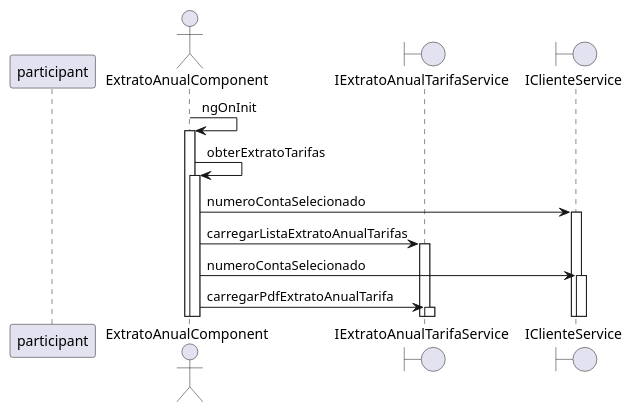
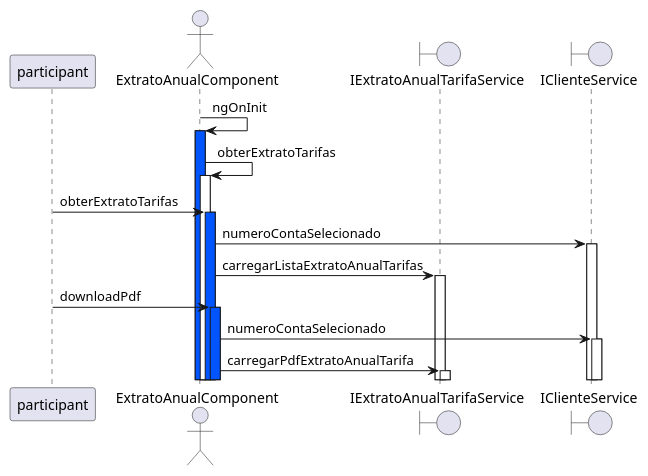
The diagram in example/extrato-anual.component.ts.sequence.puml (tommymolto/ng-reverse-uml), drawn with PlantUML before and after one commit. The commit also changed 5 other files, not shown here.

```diff
--- a/example/extrato-anual.component.ts.sequence.puml
+++ b/example/extrato-anual.component.ts.sequence.puml
@@ -1,13 +1,15 @@
 @startuml 
  autoactivate on 
  participant participant as Usuario
 actor  ExtratoAnualComponent as ExtratoAnualComponent
 boundary  IExtratoAnualTarifaService as extratoAnualService
 boundary  IClienteService as clienteService
-ExtratoAnualComponent->ExtratoAnualComponent : ngOnInit 
+ExtratoAnualComponent->ExtratoAnualComponent #0055FF: ngOnInit 
 ExtratoAnualComponent->ExtratoAnualComponent : obterExtratoTarifas 
+Usuario->ExtratoAnualComponent #0055FF: obterExtratoTarifas 
 ExtratoAnualComponent->clienteService : numeroContaSelecionado 
 ExtratoAnualComponent->extratoAnualService : carregarListaExtratoAnualTarifas 
+Usuario->ExtratoAnualComponent #0055FF: downloadPdf 
 ExtratoAnualComponent->clienteService : numeroContaSelecionado 
 ExtratoAnualComponent->extratoAnualService : carregarPdfExtratoAnualTarifa 
 @enduml
```
